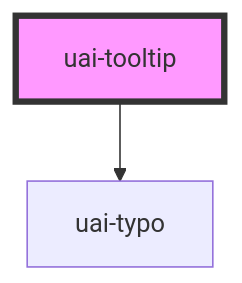
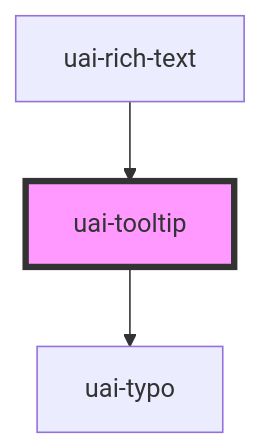
The diagram in src/components/uai-tooltip/readme.md (takenet/blip-ds), drawn with Mermaid before and after one commit. The commit also changed other lines of this file and 27 other files, not shown here.

First line of the commit message:
feat(uai-rich-text): add UAI rich text field for HTML content

````diff
--- a/src/components/uai-tooltip/readme.md
+++ b/src/components/uai-tooltip/readme.md
@@ -68,5 +72,6 @@
 ```mermaid
 graph TD;
   uai-tooltip --> uai-typo
+  uai-rich-text --> uai-tooltip
   style uai-tooltip fill:#f9f,stroke:#333,stroke-width:4px
 ```
````
